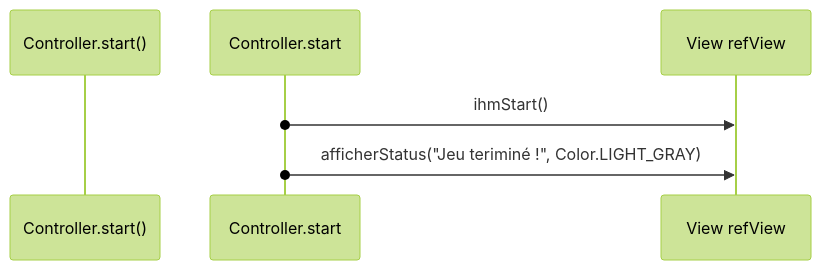
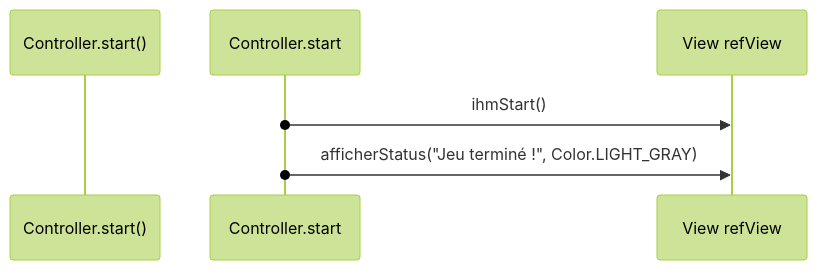
Before and after one commit to Python-Emeric-emf/Ex04-DevineMonNombre: the fourth of 6 diagrams in README.md, drawn with Mermaid (forest theme). The commit also changed other lines of this file, not shown here.

````diff
--- a/README.md
+++ b/README.md
@@ -146,6 +130,6 @@
 ```mermaid
 sequenceDiagram
     participant Controller.start()
     Controller.start()->>View refView: ihmStart()
-    Controller.start()->>View refView: afficherStatus("Jeu teriminé !", Color.LIGHT_GRAY)
+    Controller.start()->>View refView: afficherStatus("Jeu terminé !", Color.LIGHT_GRAY)
 ```
````
